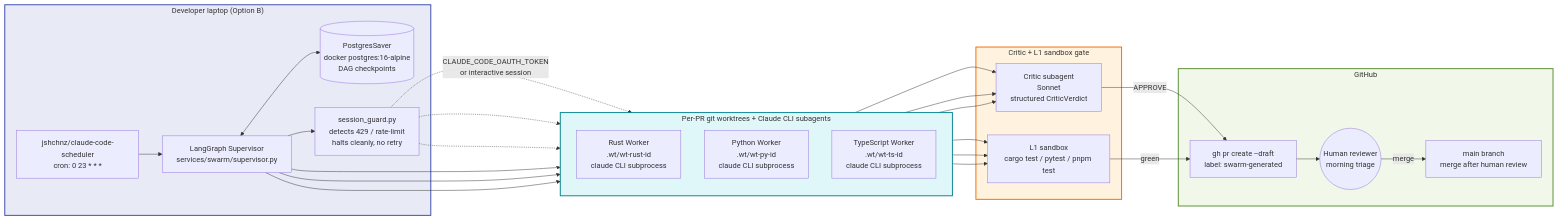
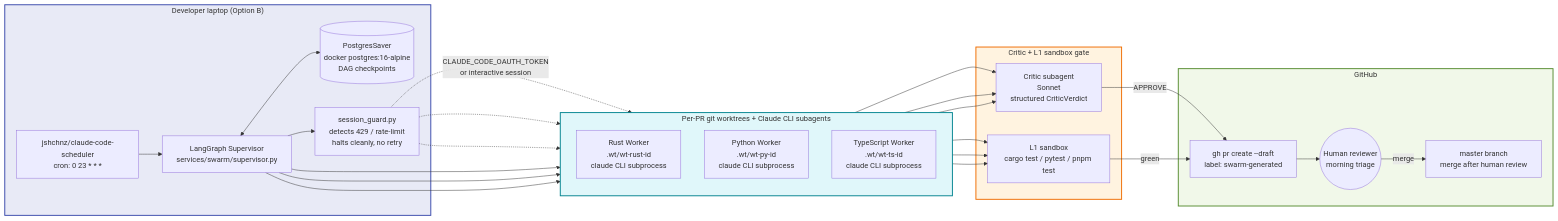
One commit to TimothyVang/sans-hackathon changed the second of 3 diagrams in docs/architecture.md. Above: the diagram before and after it, drawn with Mermaid. The commit also changed 29 other files, not shown here.

````diff
--- a/docs/architecture.md
+++ b/docs/architecture.md
@@ -143,52 +143,52 @@
 ```mermaid
 flowchart LR
     subgraph Local["Developer laptop (Option B)"]
         Cron[jshchnz/claude-code-scheduler<br/>cron: 0 23 * * *]
         Supervisor[LangGraph Supervisor<br/>services/swarm/supervisor.py]
         Postgres[(PostgresSaver<br/>docker postgres:16-alpine<br/>DAG checkpoints)]
         SessionGuard[session_guard.py<br/>detects 429 / rate-limit<br/>halts cleanly, no retry]
     end
 
     subgraph Workers["Per-PR git worktrees + Claude CLI subagents"]
         direction TB
         Rust[Rust Worker<br/>.wt/wt-rust-id<br/>claude CLI subprocess]
         Python[Python Worker<br/>.wt/wt-py-id<br/>claude CLI subprocess]
         TS[TypeScript Worker<br/>.wt/wt-ts-id<br/>claude CLI subprocess]
     end
 
     subgraph Gate["Critic + L1 sandbox gate"]
         Critic[Critic subagent<br/>Sonnet<br/>structured CriticVerdict]
         L1[L1 sandbox<br/>cargo test / pytest / pnpm test]
     end
 
     subgraph GitHub["GitHub"]
         DraftPR[gh pr create --draft<br/>label: swarm-generated]
         Human((Human reviewer<br/>morning triage))
-        Main[main branch<br/>merge after human review]
+        Main[master branch<br/>merge after human review]
     end
 
     Cron --> Supervisor
     Supervisor <--> Postgres
     Supervisor --> SessionGuard
     SessionGuard -.->|CLAUDE_CODE_OAUTH_TOKEN<br/>or interactive session| Rust
     SessionGuard -.-> Python
     SessionGuard -.-> TS
     Supervisor --> Rust
     Supervisor --> Python
     Supervisor --> TS
     Rust --> Critic
     Python --> Critic
     TS --> Critic
     Rust --> L1
     Python --> L1
     TS --> L1
     Critic -->|APPROVE| DraftPR
     L1 -->|green| DraftPR
     DraftPR --> Human
     Human -->|merge| Main
 
     style Local fill:#e8eaf6,stroke:#3949ab,stroke-width:2px
     style Workers fill:#e0f7fa,stroke:#00838f,stroke-width:2px
     style Gate fill:#fff3e0,stroke:#ef6c00,stroke-width:2px
     style GitHub fill:#f1f8e9,stroke:#558b2f,stroke-width:2px
 ```
````
